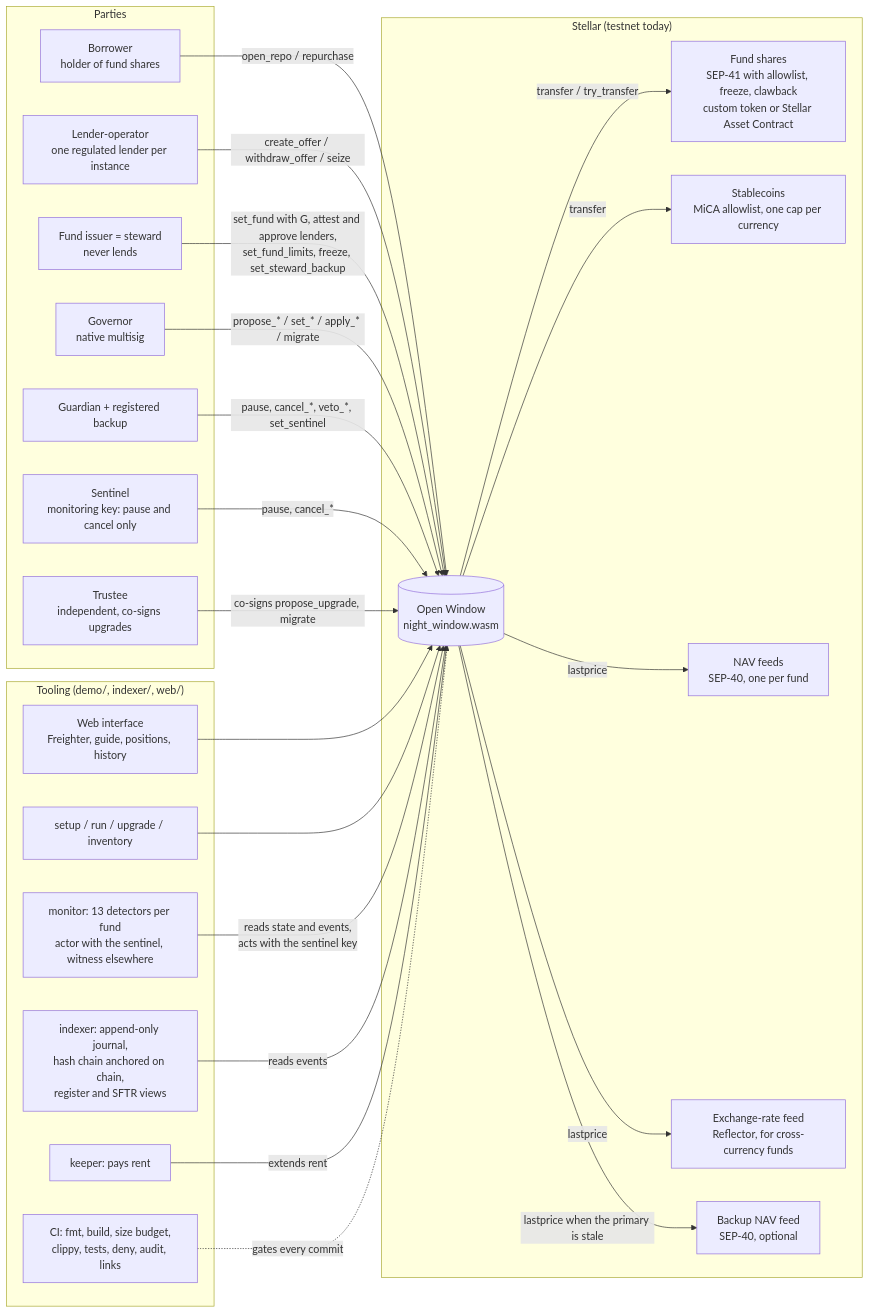
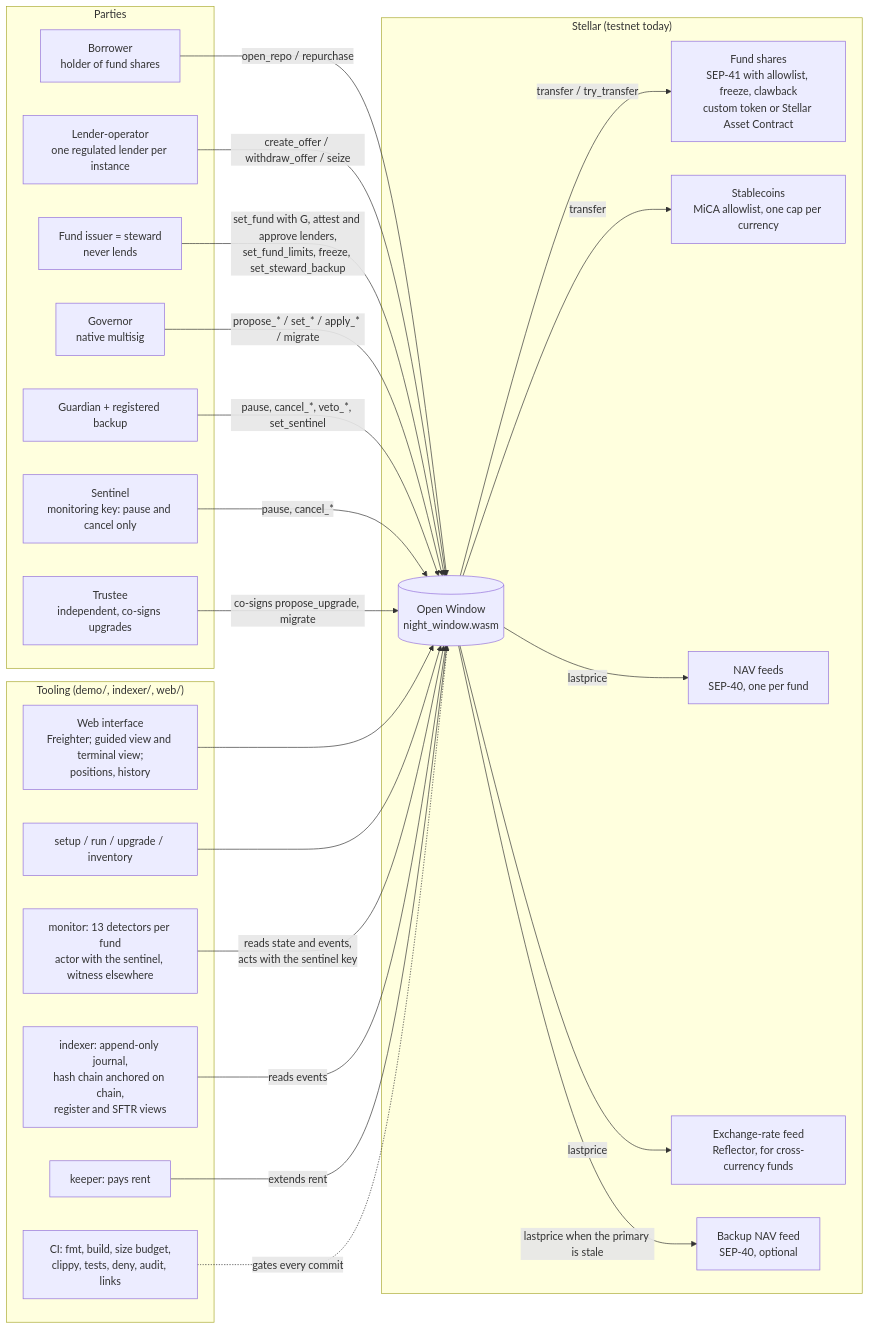
Before and after one commit to EricLtx/hackmeridian-2026: the first of 11 diagrams in docs/architecture.md, drawn with Mermaid. The commit also changed other lines of this file and 15 other files, not shown here.

First line of the commit message:
Web: a terminal view for desk users, the rc4 error codes, hidden forms stay hidden

````diff
--- a/docs/architecture.md
+++ b/docs/architecture.md
@@ -9,46 +9,46 @@
 ```mermaid
 flowchart LR
   subgraph People["Parties"]
     B[Borrower<br/>holder of fund shares]
     L[Lender-operator<br/>one regulated lender per instance]
     I[Fund issuer = steward<br/>never lends]
     G[Governor<br/>native multisig]
     Gd[Guardian + registered backup]
     Se[Sentinel<br/>monitoring key: pause and cancel only]
     Tr[Trustee<br/>independent, co-signs upgrades]
   end
   subgraph Chain["Stellar (testnet today)"]
     OW[(Open Window<br/>night_window.wasm)]
     FT[Fund shares<br/>SEP-41 with allowlist, freeze, clawback<br/>custom token or Stellar Asset Contract]
     EU[Stablecoins<br/>MiCA allowlist, one cap per currency]
     NAV[NAV feeds<br/>SEP-40, one per fund]
     FX[Exchange-rate feed<br/>Reflector, for cross-currency funds]
     BK[Backup NAV feed<br/>SEP-40, optional]
   end
   subgraph Tooling["Tooling (demo/, indexer/, web/)"]
-    W[Web interface<br/>Freighter, guide, positions, history]
+    W[Web interface<br/>Freighter; guided view and terminal view;<br/>positions, history]
     D[setup / run / upgrade / inventory]
     M[monitor: 13 detectors per fund<br/>actor with the sentinel, witness elsewhere]
     X[indexer: append-only journal,<br/>hash chain anchored on chain,<br/>register and SFTR views]
     K[keeper: pays rent]
     C[CI: fmt, build, size budget,<br/>clippy, tests, deny, audit, links]
   end
   B -- open_repo / repurchase --> OW
   L -- create_offer / withdraw_offer / seize --> OW
   I -- set_fund with G, attest and approve lenders,<br/>set_fund_limits, freeze, set_steward_backup --> OW
   G -- propose_* / set_* / apply_* / migrate --> OW
   Gd -- pause, cancel_*, veto_*, set_sentinel --> OW
   Se -- pause, cancel_* --> OW
   Tr -- co-signs propose_upgrade, migrate --> OW
   OW -- transfer / try_transfer --> FT
   OW -- transfer --> EU
   OW -- lastprice --> NAV
   OW -- lastprice --> FX
   OW -- lastprice when the primary is stale --> BK
   W --> OW
   D --> OW
   M -- reads state and events,<br/>acts with the sentinel key --> OW
   X -- reads events --> OW
   K -- extends rent --> OW
   C -. gates every commit .-> OW
 ```
````
